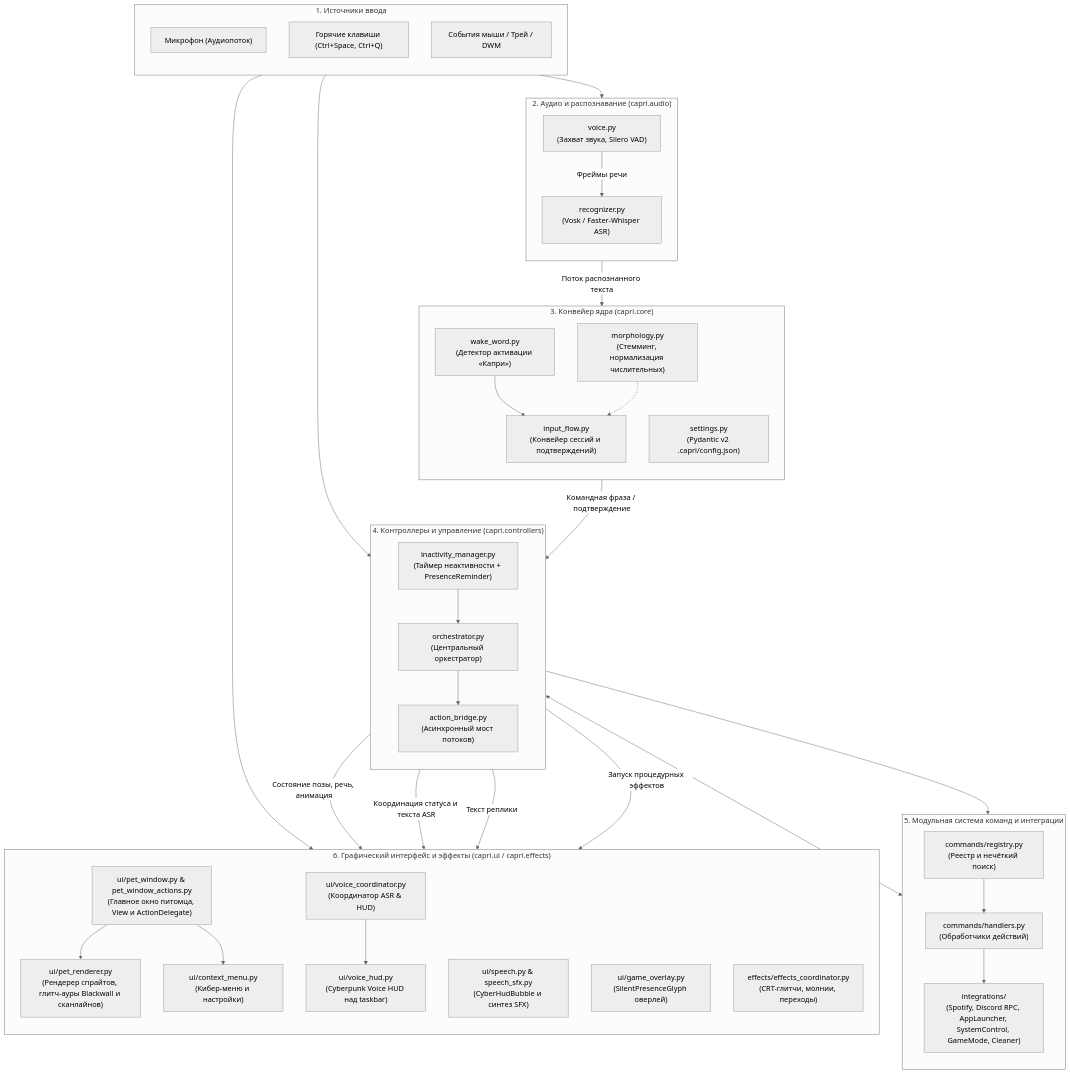
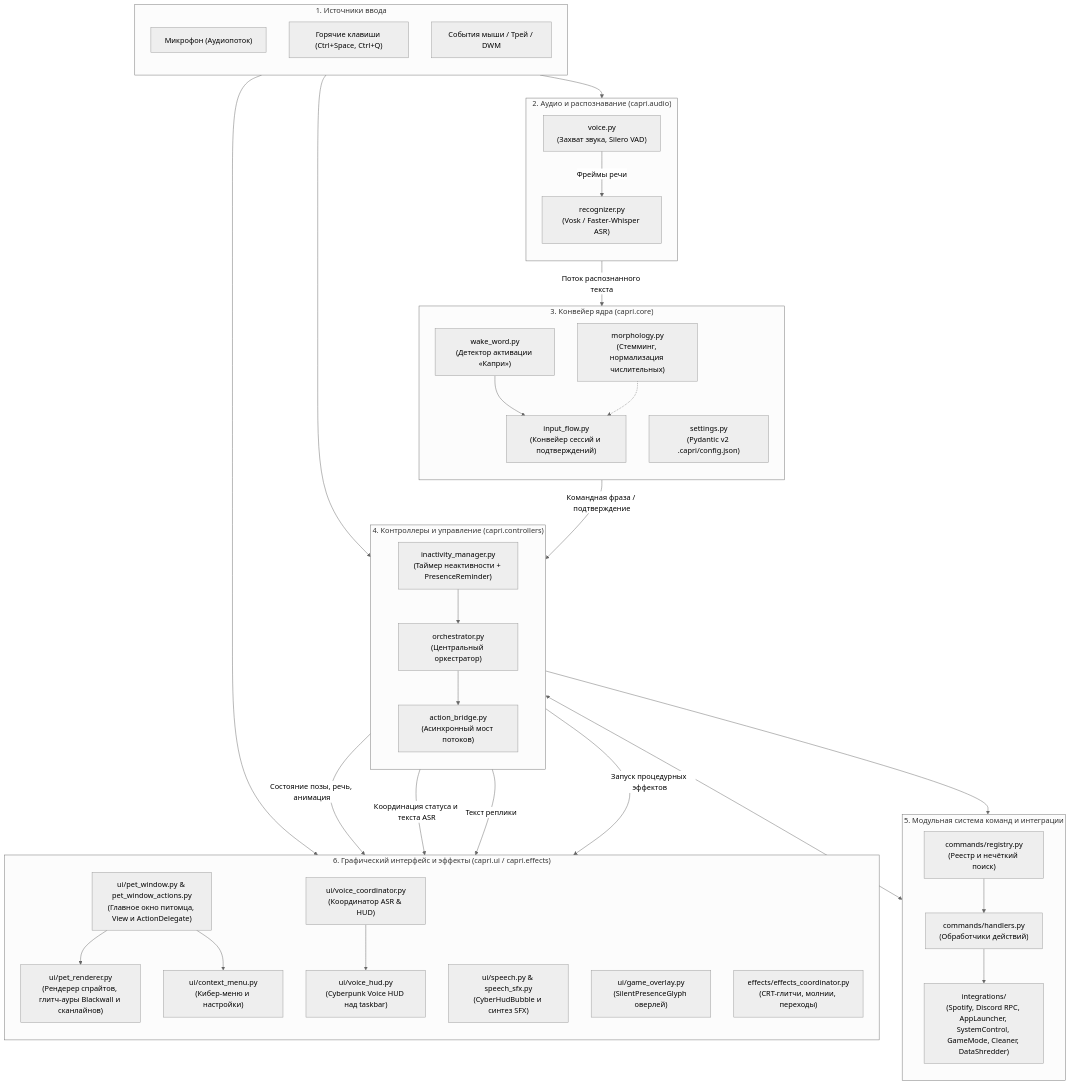
The first of 2 diagrams in docs/architecture.md (xTerionsilker/CapriPet-Python), drawn with Mermaid (neutral theme) before and after one commit. The commit also changed other lines of this file and 3 other files, not shown here.

Commit message:
docs: sync architecture, config spec and merge agent rules into AGENTS.md

```diff
--- a/docs/architecture.md
+++ b/docs/architecture.md
@@ -49,7 +49,7 @@
         direction TB
         Registry["commands/registry.py<br/>(Реестр и нечёткий поиск)"]
         Handlers["commands/handlers.py<br/>(Обработчики действий)"]
-        Integrations["integrations/<br/>(Spotify, Discord RPC, AppLauncher, SystemControl, GameMode, Cleaner)"]
+        Integrations["integrations/<br/>(Spotify, Discord RPC, AppLauncher, SystemControl, GameMode, Cleaner, DataShredder)"]
 
         Registry --> Handlers
         Handlers --> Integrations
```
